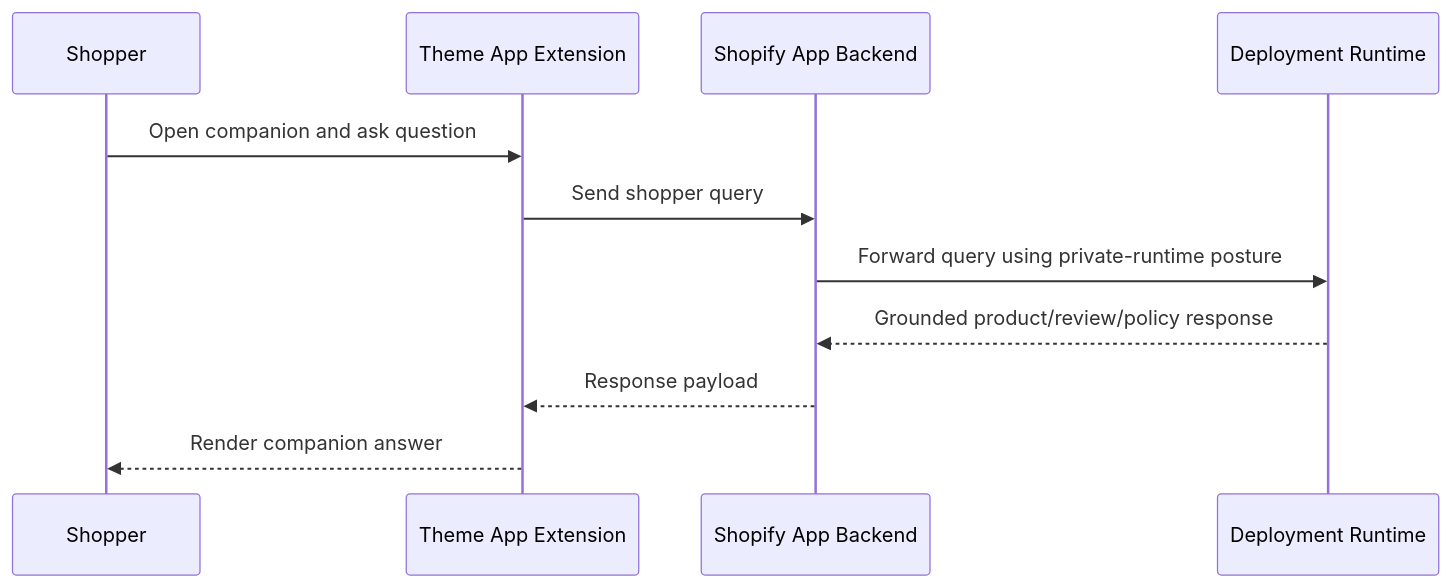
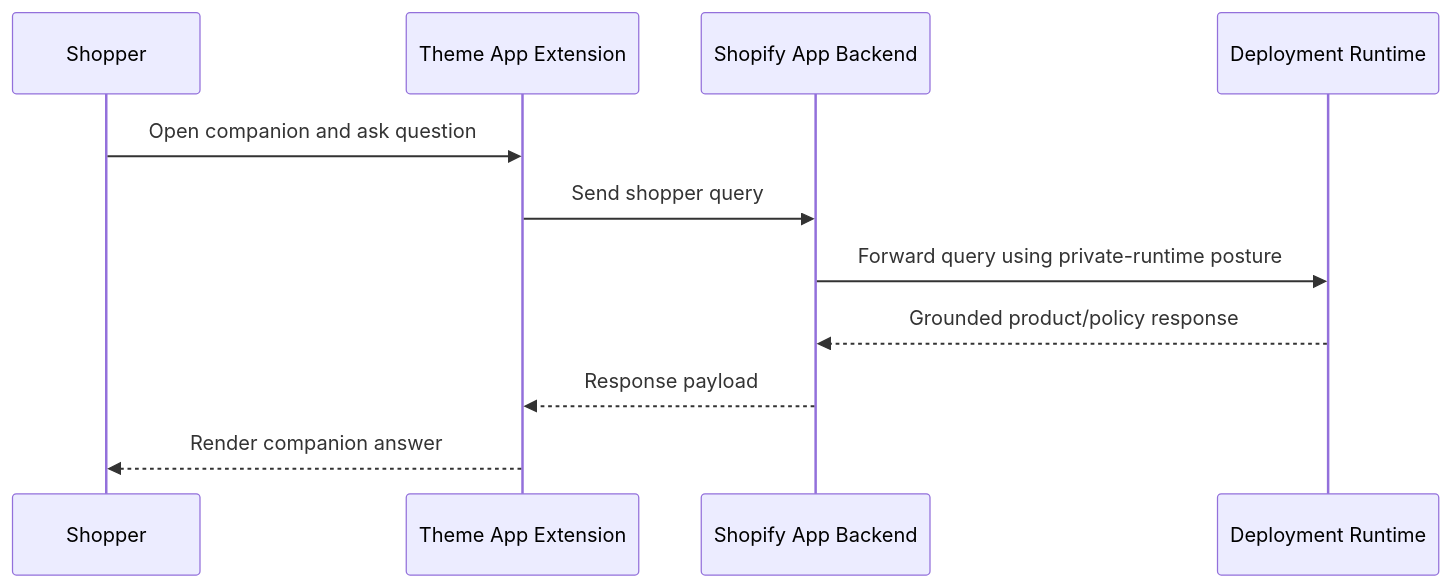
Before and after one commit to mahmoudashraf/AI-Fabric-Framework: the sixth of 9 diagrams in doc/Productization/future-work/MarketPlace/Products/SHOPIFY_COMPANION_SUBSCRIPTION_AND_GO_LIVE_FLOW.md, drawn with Mermaid. The commit also changed 2 other files, not shown here.

Commit message:
Remove Shopify review support from V1 plans

````diff
--- a/doc/Productization/future-work/MarketPlace/Products/SHOPIFY_COMPANION_SUBSCRIPTION_AND_GO_LIVE_FLOW.md
+++ b/doc/Productization/future-work/MarketPlace/Products/SHOPIFY_COMPANION_SUBSCRIPTION_AND_GO_LIVE_FLOW.md
@@ -340,14 +340,14 @@
 ```mermaid
 sequenceDiagram
     participant S as Shopper
     participant TE as Theme App Extension
     participant AB as Shopify App Backend
     participant RT as Deployment Runtime
 
     S->>TE: Open companion and ask question
     TE->>AB: Send shopper query
     AB->>RT: Forward query using private-runtime posture
-    RT-->>AB: Grounded product/review/policy response
+    RT-->>AB: Grounded product/policy response
     AB-->>TE: Response payload
     TE-->>S: Render companion answer
 ```
````
